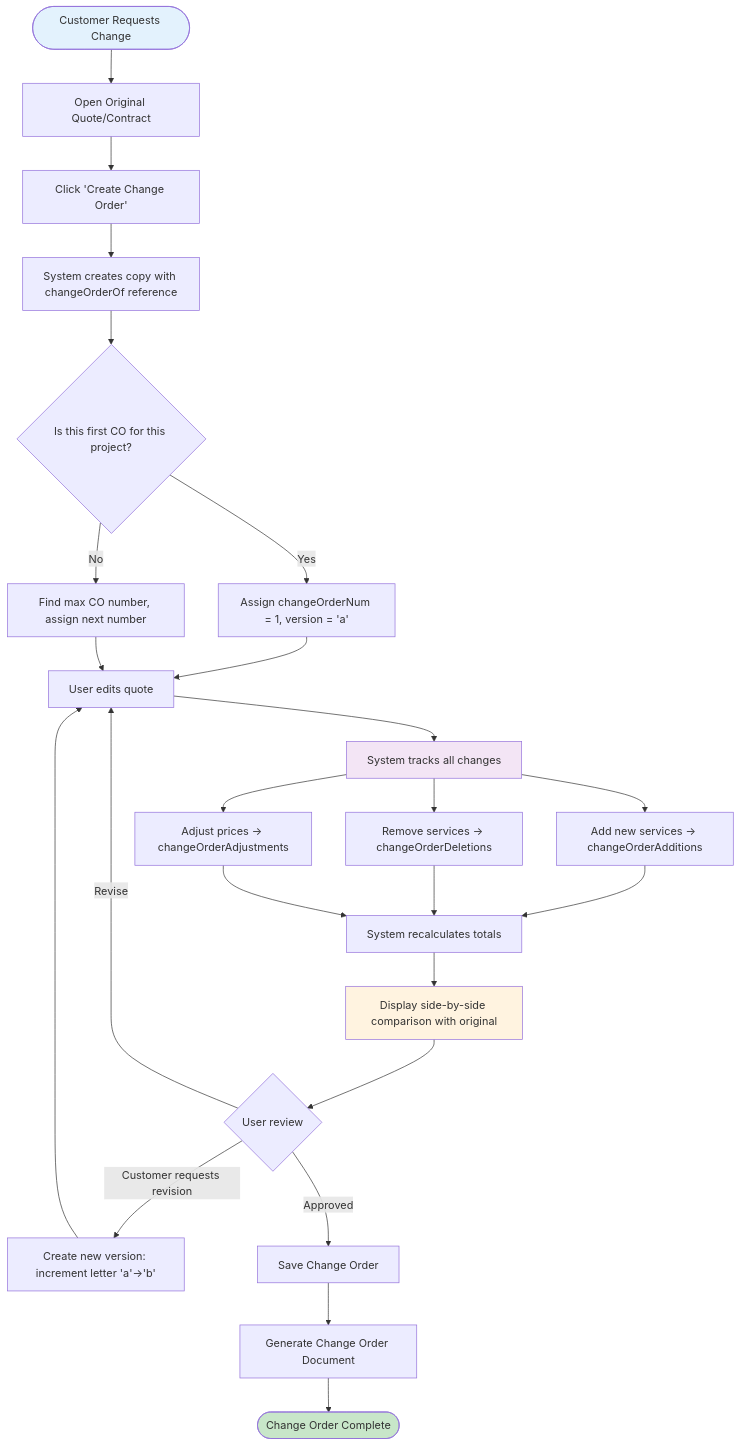
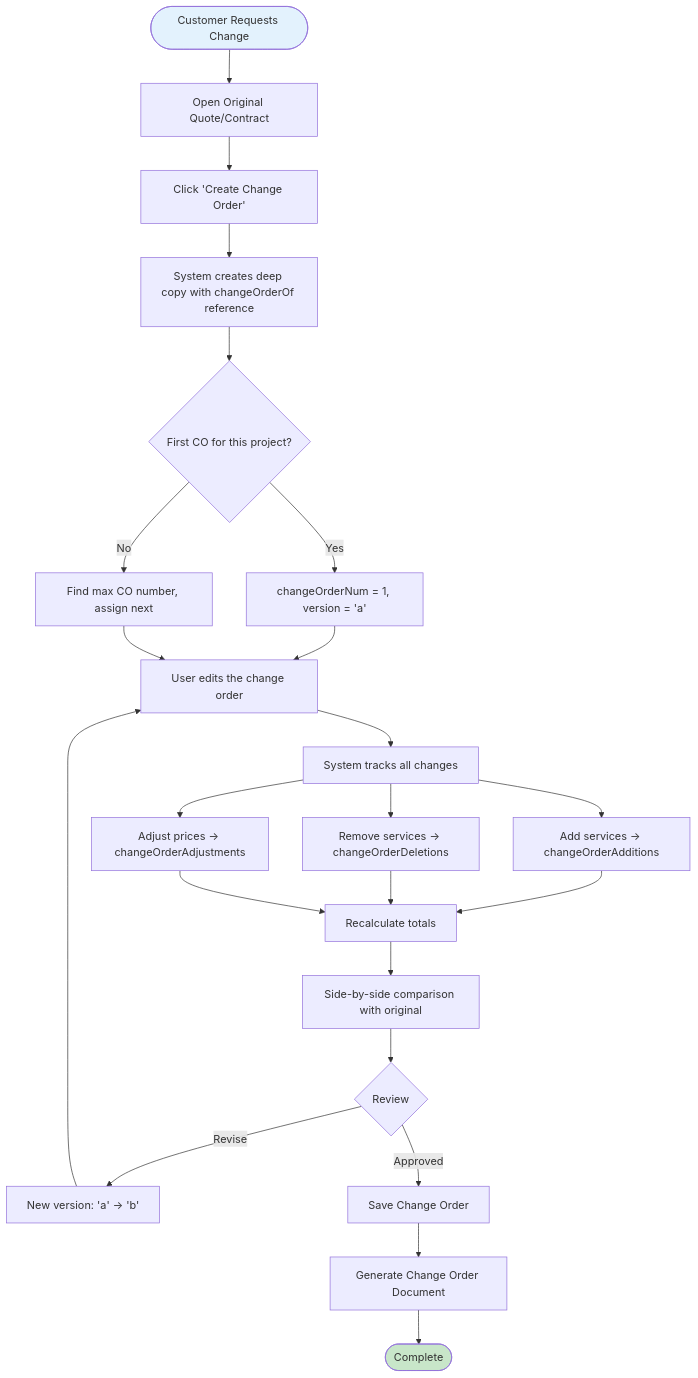
The fourth of 4 diagrams in spec.md (Isackelling/Modular-Bidding), drawn with Mermaid before and after one commit. The commit also changed other lines of this file and 8 other files, not shown here.

````diff
--- a/spec.md
+++ b/spec.md
@@ -695,38 +925,35 @@
 ```mermaid
 flowchart TB
     Start([Customer Requests Change]) --> OpenOriginal[Open Original Quote/Contract]
     OpenOriginal --> ClickCO[Click 'Create Change Order']
-    ClickCO --> SystemCopy[System creates copy with changeOrderOf reference]
-    SystemCopy --> AssignNum{Is this first CO for this project?}
+    ClickCO --> SystemCopy[System creates deep copy with changeOrderOf reference]
+    SystemCopy --> AssignNum{First CO for this project?}
 
-    AssignNum -->|Yes| CO1[Assign changeOrderNum = 1, version = 'a']
-    AssignNum -->|No| CON[Find max CO number, assign next number]
+    AssignNum -->|Yes| CO1[changeOrderNum = 1, version = 'a']
+    AssignNum -->|No| CON[Find max CO number, assign next]
 
-    CO1 --> EditCO[User edits quote]
+    CO1 --> EditCO[User edits the change order]
     CON --> EditCO
 
     EditCO --> TrackChanges[System tracks all changes]
-    TrackChanges --> AddService[Add new services → changeOrderAdditions]
+    TrackChanges --> AddService[Add services → changeOrderAdditions]
     TrackChanges --> RemoveService[Remove services → changeOrderDeletions]
     TrackChanges --> AdjustPrice[Adjust prices → changeOrderAdjustments]
 
-    AddService --> Recalc[System recalculates totals]
+    AddService --> Recalc[Recalculate totals]
     RemoveService --> Recalc
     AdjustPrice --> Recalc
 
-    Recalc --> ShowDiff[Display side-by-side comparison with original]
-    ShowDiff --> UserReview{User review}
+    Recalc --> ShowDiff[Side-by-side comparison with original]
+    ShowDiff --> UserReview{Review}
 
-    UserReview -->|Revise| EditCO
-    UserReview -->|Customer requests revision| CreateVersion[Create new version: increment letter 'a'→'b']
+    UserReview -->|Revise| CreateVersion[New version: 'a' → 'b']
     CreateVersion --> EditCO
 
     UserReview -->|Approved| SaveCO[Save Change Order]
     SaveCO --> GenDoc[Generate Change Order Document]
-    GenDoc --> End([Change Order Complete])
+    GenDoc --> End([Complete])
 
     style Start fill:#e3f2fd
     style End fill:#c8e6c9
-    style ShowDiff fill:#fff3e0
-    style TrackChanges fill:#f3e5f5
 ```
````
